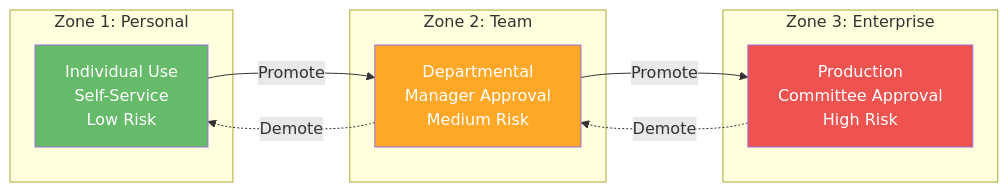
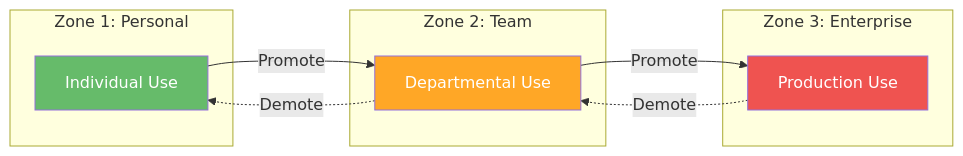
One commit to judeper/FSI-AgentGov changed the first of 2 diagrams in README.md. Above: the diagram before and after it, drawn with Mermaid. The commit also changed other lines of this file and 10 other files, not shown here.

````diff
--- a/README.md
+++ b/README.md
@@ -47,20 +47,20 @@
 ```mermaid
 graph LR
     subgraph "Zone 1: Personal"
-        Z1[Individual Use<br/>Self-Service<br/>Low Risk]
+        Z1[Individual Use]
     end
     subgraph "Zone 2: Team"
-        Z2[Departmental<br/>Manager Approval<br/>Medium Risk]
+        Z2[Departmental Use]
     end
     subgraph "Zone 3: Enterprise"
-        Z3[Production<br/>Committee Approval<br/>High Risk]
+        Z3[Production Use]
     end
     Z1 -->|Promote| Z2
     Z2 -->|Promote| Z3
     Z3 -.->|Demote| Z2
     Z2 -.->|Demote| Z1
 
     style Z1 fill:#66BB6A,color:#fff
     style Z2 fill:#FFA726,color:#fff
     style Z3 fill:#EF5350,color:#fff
 ```
````
